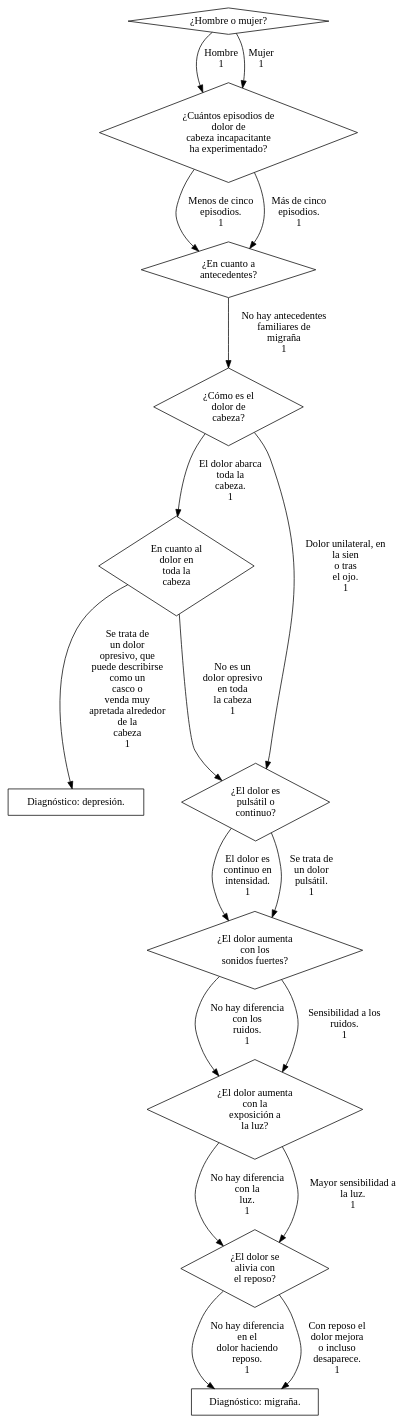
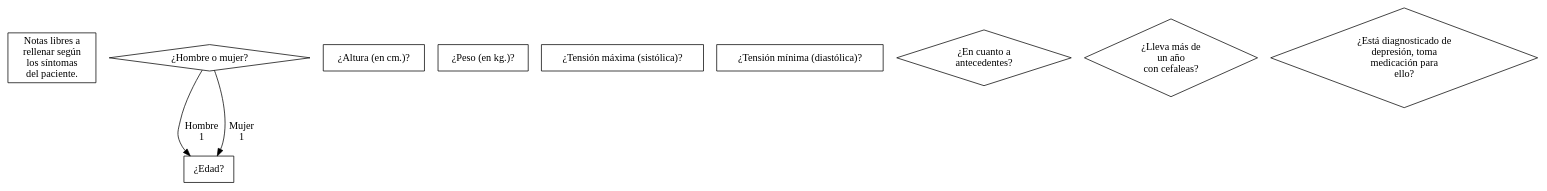
One commit to Baltasarq/CefaleApp changed the diagram in utils/data.gv. Above: the diagram before and after it, drawn with Graphviz. The commit also changed 39 other files, not shown here.

```diff
--- a/utils/data.gv
+++ b/utils/data.gv
@@ -1,132 +1,39 @@
 
 digraph Migranna {
     
-    isFemale[shape=diamond, label="¿Hombre o mujer?"];
+    data_notes[shape=box, label="Notas libres a
+rellenar según
+los síntomas
+del paciente."];
 
-    howManyDaysPerMonth[shape=diamond, label="¿Cuántos episodios de
-dolor de
-cabeza incapacitante
-ha experimentado?"];
+    data_isFemale[shape=diamond, label="¿Hombre o mujer?"];
 
-    hasHistory[shape=diamond, label="¿En cuanto a
+    data_age[shape=box, label="¿Edad?"];
+
+    data_height[shape=box, label="¿Altura (en cm.)?"];
+
+    data_weight[shape=box, label="¿Peso (en kg.)?"];
+
+    data_highPressure[shape=box, label="¿Tensión máxima (sistólica)?"];
+
+    data_lowPressure[shape=box, label="¿Tensión mínima (diastólica)?"];
+
+    data_hasHistory[shape=diamond, label="¿En cuanto a
 antecedentes?"];
 
-    isUnilateral[shape=diamond, label="¿Cómo es el
-dolor de
-cabeza?"];
+    data_forMoreThanOneYear[shape=diamond, label="¿Lleva más de
+un año
+con cefaleas?"];
 
-    isGeneralized[shape=diamond, label="En cuanto al
-dolor en
-toda la
-cabeza"];
+    data_isDepressed[shape=diamond, label="¿Está diagnosticado de
+depresión, toma
+medicación para
+ello?"];
 
-    diagnostic_depression[shape=box, label="Diagnóstico: depresión."];
-
-    isPulsing[shape=diamond, label="¿El dolor es
-pulsátil o
-continuo?"];
-
-    soundPhobia[shape=diamond, label="¿El dolor aumenta
-con los
-sonidos fuertes?"];
-
-    photoPhobia[shape=diamond, label="¿El dolor aumenta
-con la
-exposición a
-la luz?"];
-
-    restImproves[shape=diamond, label="¿El dolor se
-alivia con
-el reposo?"];
-
-    diagnostic_cefalea[shape=box, label="Diagnóstico: migraña."];
-
-    isFemale -> howManyDaysPerMonth[label="Hombre
+    data_isFemale -> data_age[label="Hombre
 1"];
 
-    isFemale -> howManyDaysPerMonth[label="Mujer
-1"];
-
-    howManyDaysPerMonth -> hasHistory[label="Menos de cinco
-episodios.
-1"];
-
-    howManyDaysPerMonth -> hasHistory[label="Más de cinco
-episodios.
-1"];
-
-    hasHistory -> isUnilateral[label="No hay antecedentes
-familiares de
-migraña
-1"];
-
-    isUnilateral -> isGeneralized[label="El dolor abarca
-toda la
-cabeza.
-1"];
-
-    isUnilateral -> isPulsing[label="Dolor unilateral, en
-la sien
-o tras
-el ojo.
-1"];
-
-    isGeneralized -> isPulsing[label="No es un
-dolor opresivo
-en toda
-la cabeza
-1"];
-
-    isGeneralized -> diagnostic_depression[label="Se trata de
-un dolor
-opresivo, que
-puede describirse
-como un
-casco o
-venda muy
-apretada alrededor
-de la
-cabeza
-1"];
-
-    isPulsing -> soundPhobia[label="El dolor es
-continuo en
-intensidad.
-1"];
-
-    isPulsing -> soundPhobia[label="Se trata de
-un dolor
-pulsátil.
-1"];
-
-    soundPhobia -> photoPhobia[label="No hay diferencia
-con los
-ruidos.
-1"];
-
-    soundPhobia -> photoPhobia[label="Sensibilidad a los
-ruidos.
-1"];
-
-    photoPhobia -> restImproves[label="No hay diferencia
-con la
-luz.
-1"];
-
-    photoPhobia -> restImproves[label="Mayor sensibilidad a
-la luz.
-1"];
-
-    restImproves -> diagnostic_cefalea[label="No hay diferencia
-en el
-dolor haciendo
-reposo.
-1"];
-
-    restImproves -> diagnostic_cefalea[label="Con reposo el
-dolor mejora
-o incluso
-desaparece.
+    data_isFemale -> data_age[label="Mujer
 1"];
 
 }
```
